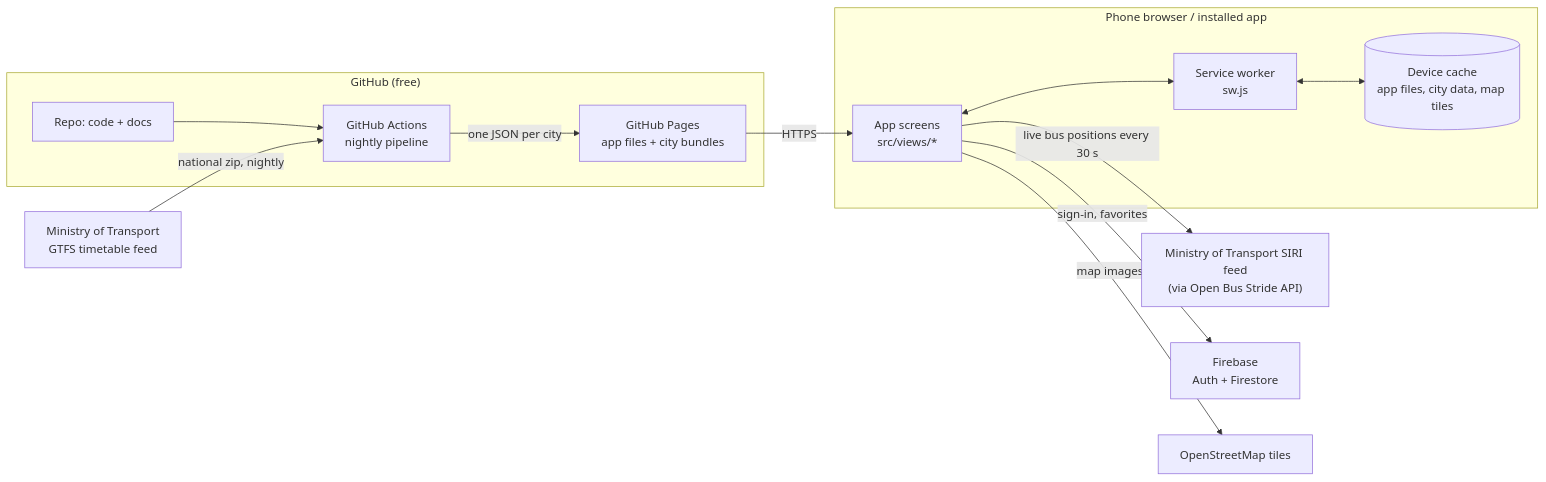
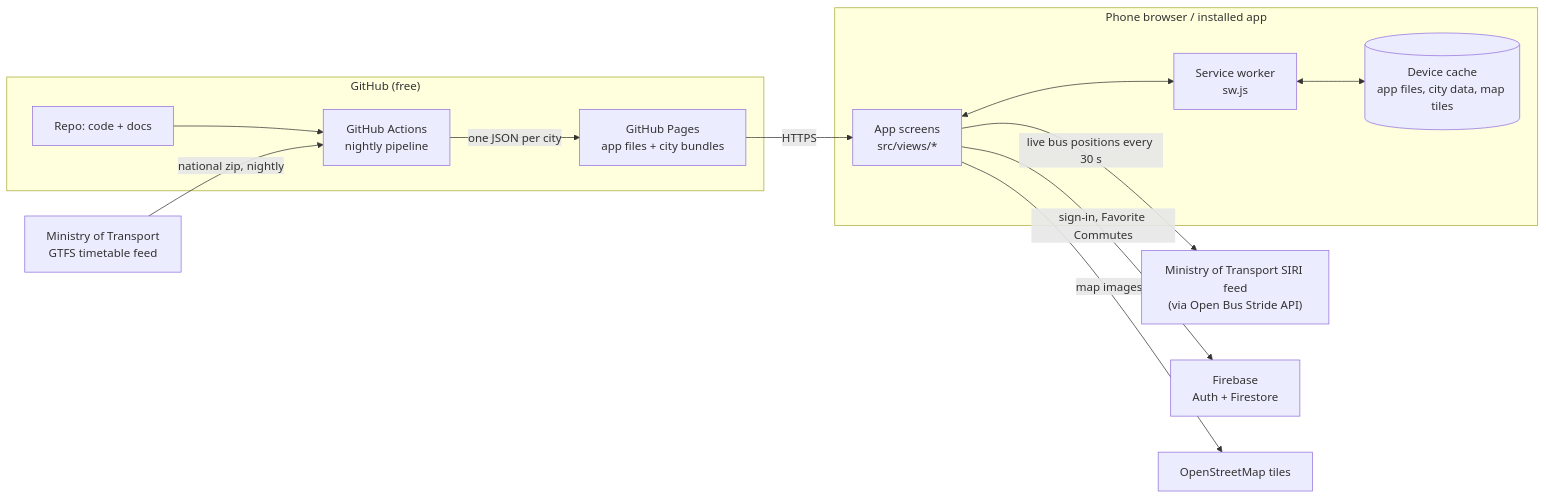
One commit to eilonlevin3/Knight-Bus changed the diagram in docs/architecture.md. Above: the diagram before and after it, drawn with Mermaid. The commit also changed other lines of this file and 35 other files, not shown here.

````diff
--- a/docs/architecture.md
+++ b/docs/architecture.md
@@ -6,28 +6,28 @@
 ```mermaid
 flowchart LR
   subgraph Phone["Phone browser / installed app"]
     UI["App screens<br/>src/views/*"]
     SW["Service worker<br/>sw.js"]
     Cache[("Device cache<br/>app files, city data, map tiles")]
   end
 
   subgraph GH["GitHub (free)"]
     Repo["Repo: code + docs"]
     CI["GitHub Actions<br/>nightly pipeline"]
     Pages["GitHub Pages<br/>app files + city bundles"]
   end
 
   MOT["Ministry of Transport<br/>GTFS timetable feed"]
   SIRI["Ministry of Transport SIRI feed<br/>(via Open Bus Stride API)"]
   FB["Firebase<br/>Auth + Firestore"]
   OSM["OpenStreetMap tiles"]
 
   Repo --> CI
   MOT -- "national zip, nightly" --> CI
   CI -- "one JSON per city" --> Pages
   Pages -- "HTTPS" --> UI
   UI <--> SW <--> Cache
-  UI -- "sign-in, favorites" --> FB
+  UI -- "sign-in, Favorite Commutes" --> FB
   UI -- "live bus positions every 30 s" --> SIRI
   UI -- "map images" --> OSM
 ```
````
